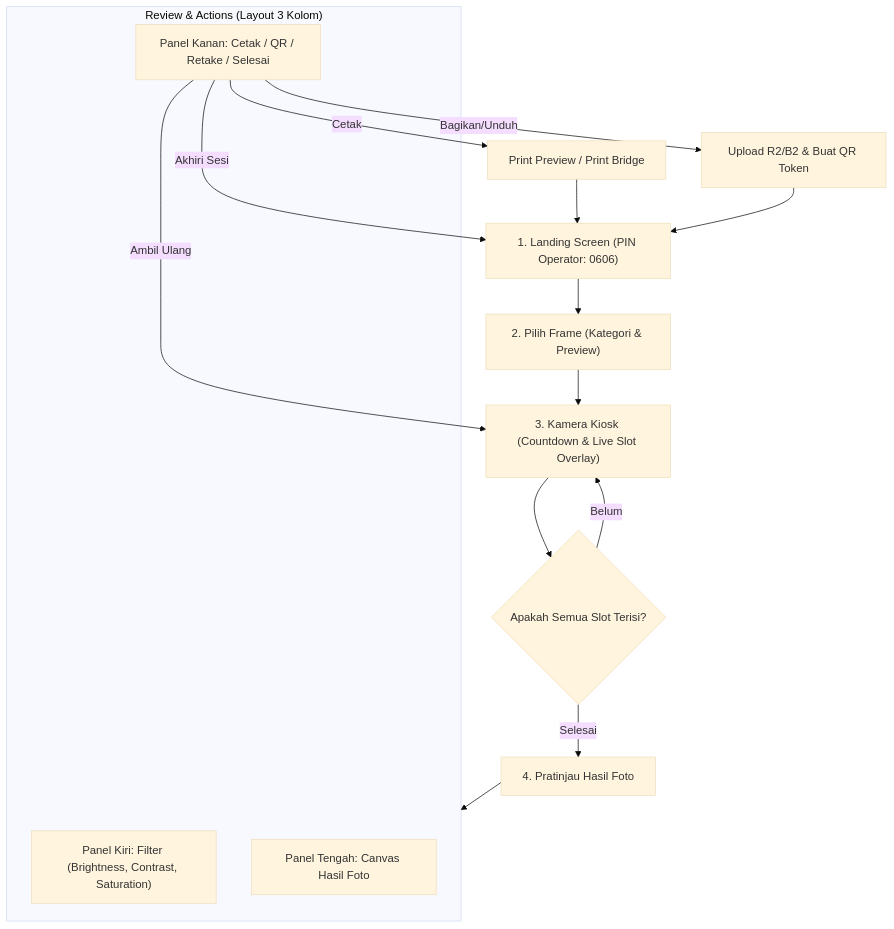
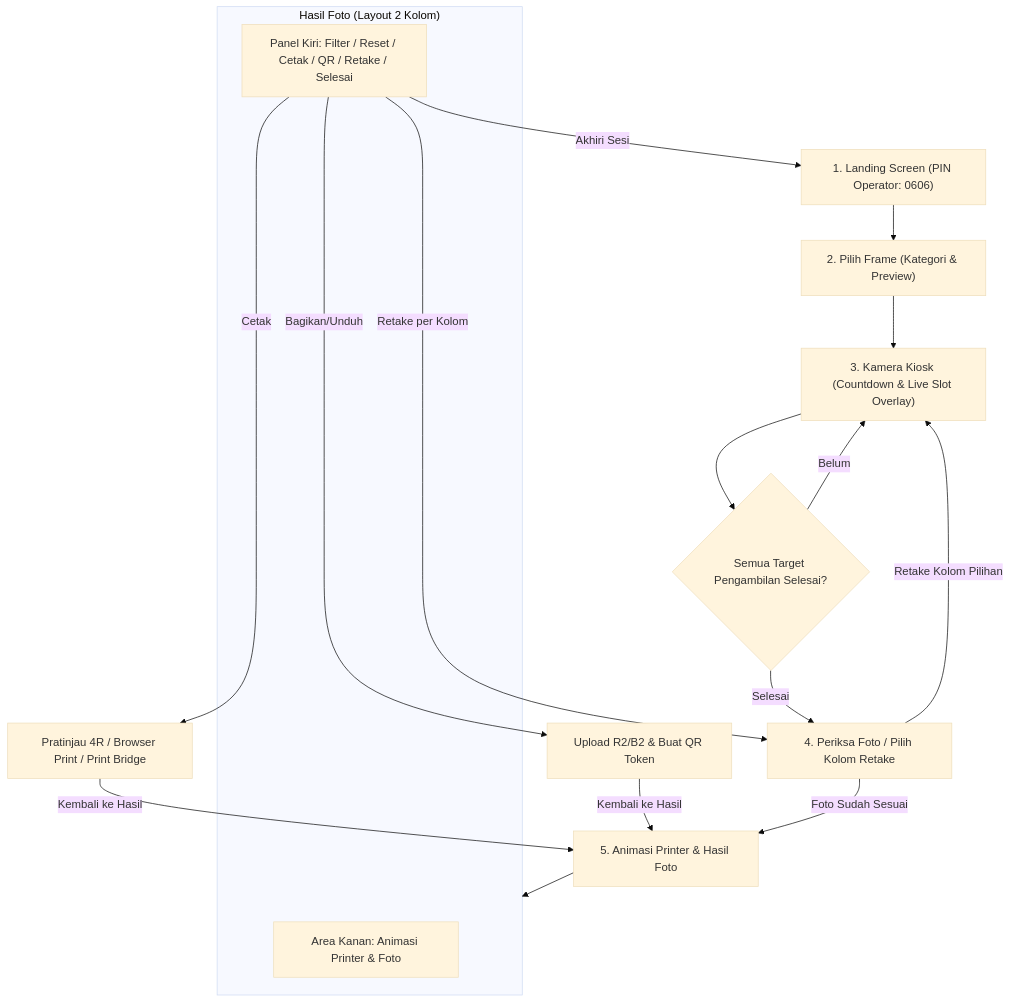
One commit to tegokkk/PHOTOBOOTH1 changed the first of 2 diagrams in README.md. Above: the diagram before and after it, drawn with Mermaid (base theme). The commit also changed other lines of this file and 73 other files, not shown here.

````diff
--- a/README.md
+++ b/README.md
@@ -92,22 +100,23 @@
 ```mermaid
 flowchart TD
     A["1. Landing Screen (PIN Operator: 0606)"] --> B["2. Pilih Frame (Kategori & Preview)"]
     B --> C["3. Kamera Kiosk (Countdown & Live Slot Overlay)"]
-    C --> D{"Apakah Semua Slot Terisi?"}
+    C --> D{"Semua Target Pengambilan Selesai?"}
     D -- Belum --> C
-    D -- Selesai --> E["4. Pratinjau Hasil Foto"]
+    D -- Selesai --> E["4. Periksa Foto / Pilih Kolom Retake"]
+    E -- "Retake Kolom Pilihan" --> C
+    E -- "Foto Sudah Sesuai" --> H["5. Animasi Printer & Hasil Foto"]
     
-    subgraph ReviewAndActions ["Review & Actions (Layout 3 Kolom)"]
-        E1["Panel Kiri: Filter (Brightness, Contrast, Saturation)"]
-        E2["Panel Tengah: Canvas Hasil Foto"]
-        E3["Panel Kanan: Cetak / QR / Retake / Selesai"]
+    subgraph ReviewAndActions ["Hasil Foto (Layout 2 Kolom)"]
+        E2["Area Kanan: Animasi Printer & Foto"]
+        E3["Panel Kiri: Filter / Reset / Cetak / QR / Retake / Selesai"]
     end
     
-    E --> ReviewAndActions
-    E3 -- "Cetak" --> F["Print Preview / Print Bridge"]
+    H --> ReviewAndActions
+    E3 -- "Cetak" --> F["Pratinjau 4R / Browser Print / Print Bridge"]
     E3 -- "Bagikan/Unduh" --> G["Upload R2/B2 & Buat QR Token"]
-    E3 -- "Ambil Ulang" --> C
+    E3 -- "Retake per Kolom" --> E
     E3 -- "Akhiri Sesi" --> A
-    F --> A
-    G --> A
+    F -- "Kembali ke Hasil" --> H
+    G -- "Kembali ke Hasil" --> H
 ```
````
